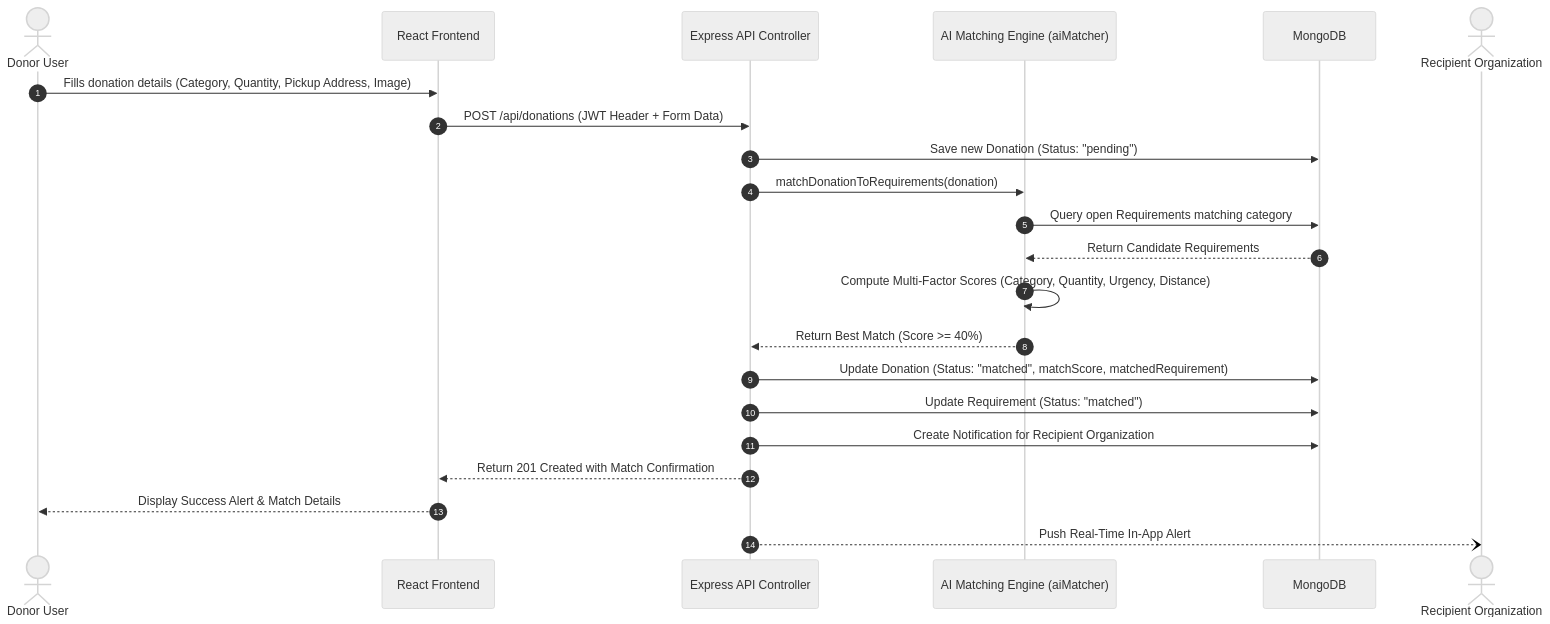
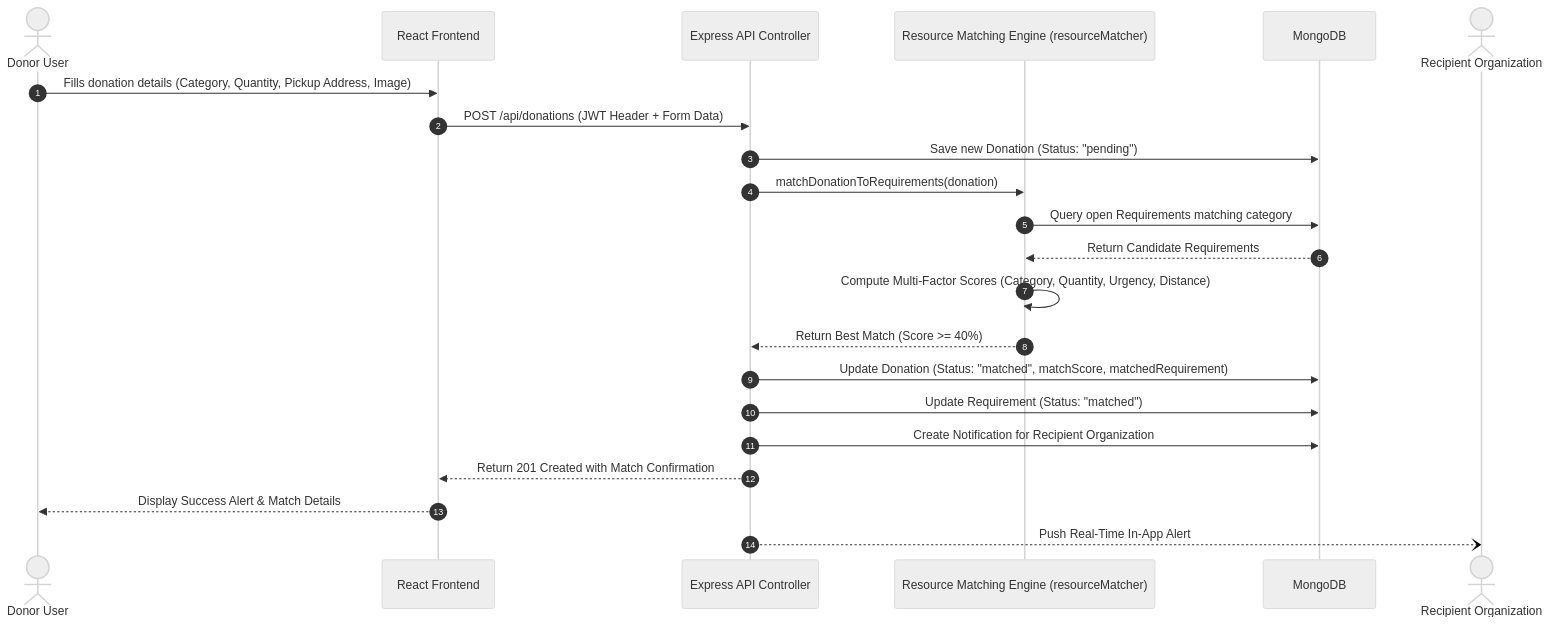
The fourth of 6 diagrams in docs/UML_DIAGRAMS.md (AmaL-2611/ReliefSphere), drawn with Mermaid (neutral theme) before and after one commit. The commit also changed other lines of this file and 1244 other files, not shown here.

````diff
--- a/docs/UML_DIAGRAMS.md
+++ b/docs/UML_DIAGRAMS.md
@@ -219,25 +219,25 @@
 ```mermaid
 sequenceDiagram
     autonumber
     actor Donor as Donor User
     participant FE as React Frontend
     participant BE as Express API Controller
-    participant Engine as AI Matching Engine (aiMatcher)
+    participant Engine as Resource Matching Engine (resourceMatcher)
     participant DB as MongoDB
     actor Org as Recipient Organization
 
     Donor->>FE: Fills donation details (Category, Quantity, Pickup Address, Image)
     FE->>BE: POST /api/donations (JWT Header + Form Data)
     BE->>DB: Save new Donation (Status: "pending")
     BE->>Engine: matchDonationToRequirements(donation)
     Engine->>DB: Query open Requirements matching category
     DB-->>Engine: Return Candidate Requirements
     Engine->>Engine: Compute Multi-Factor Scores (Category, Quantity, Urgency, Distance)
     Engine-->>BE: Return Best Match (Score >= 40%)
     BE->>DB: Update Donation (Status: "matched", matchScore, matchedRequirement)
     BE->>DB: Update Requirement (Status: "matched")
     BE->>DB: Create Notification for Recipient Organization
     BE-->>FE: Return 201 Created with Match Confirmation
     FE-->>Donor: Display Success Alert & Match Details
     BE--)Org: Push Real-Time In-App Alert
 ```
````
